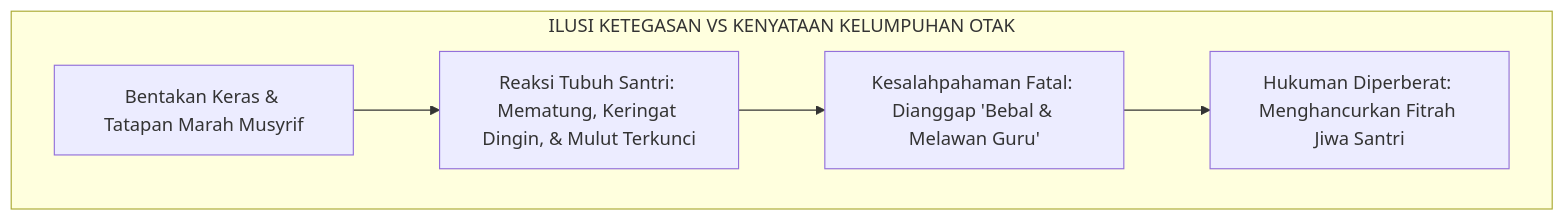
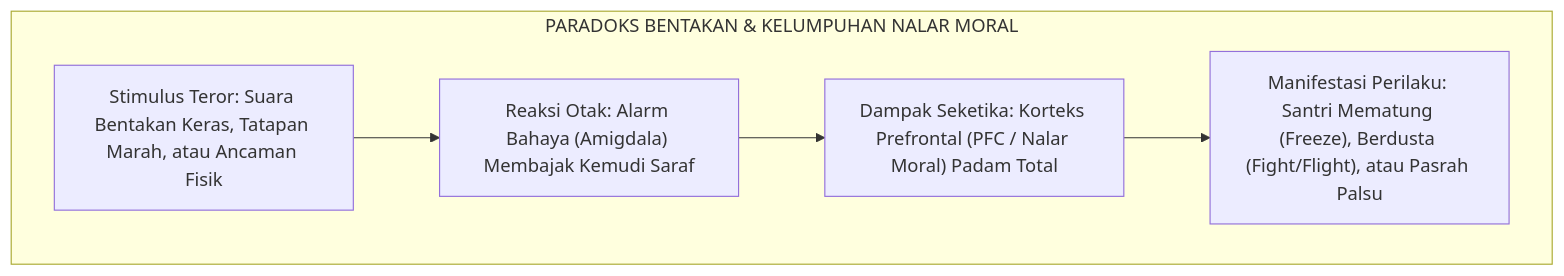
Before and after one commit to wandiapriliyandi/tumbuh: the first of 5 diagrams in BOOK-SERIES/Volume-01/Bab-01-Krisis-Karakter-dan-Urgensi-Rekonstruksi/03-Dampak-Neurobiologis-Trauma-dan-Kelumpuhan-PFC.md, drawn with Mermaid. The commit also changed other lines of this file and 1 other file, not shown here.

````diff
--- a/BOOK-SERIES/Volume-01/Bab-01-Krisis-Karakter-dan-Urgensi-Rekonstruksi/03-Dampak-Neurobiologis-Trauma-dan-Kelumpuhan-PFC.md
+++ b/BOOK-SERIES/Volume-01/Bab-01-Krisis-Karakter-dan-Urgensi-Rekonstruksi/03-Dampak-Neurobiologis-Trauma-dan-Kelumpuhan-PFC.md
@@ -22,8 +23,11 @@
 ```mermaid
 graph TD
-    subgraph TragediBentakan["ILUSI KETEGASAN VS KENYATAAN KELUMPUHAN OTAK"]
-        B1["Bentakan Keras & Tatapan Marah Musyrif"] --> B2["Reaksi Tubuh Santri: Mematung, Keringat Dingin, & Mulut Terkunci"]
-        B2 --> B3["Kesalahpahaman Fatal: Dianggap 'Bebal & Melawan Guru'"]
-        B3 --> B4["Hukuman Diperberat: Menghancurkan Fitrah Jiwa Santri"]
+    subgraph ParadoksBiologis["PARADOKS BENTAKAN & KELUMPUHAN NALAR MORAL"]
+        B1["Stimulus Teror: Suara Bentakan Keras, Tatapan Marah, atau Ancaman Fisik"]
+        B2["Reaksi Otak: Alarm Bahaya (Amigdala) Membajak Kemudi Saraf"]
+        B3["Dampak Seketika: Korteks Prefrontal (PFC / Nalar Moral) Padam Total"]
+        B4["Manifestasi Perilaku: Santri Mematung (Freeze), Berdusta (Fight/Flight), atau Pasrah Palsu"]
+        
+        B1 --> B2 --> B3 --> B4
     end
 ```
````
